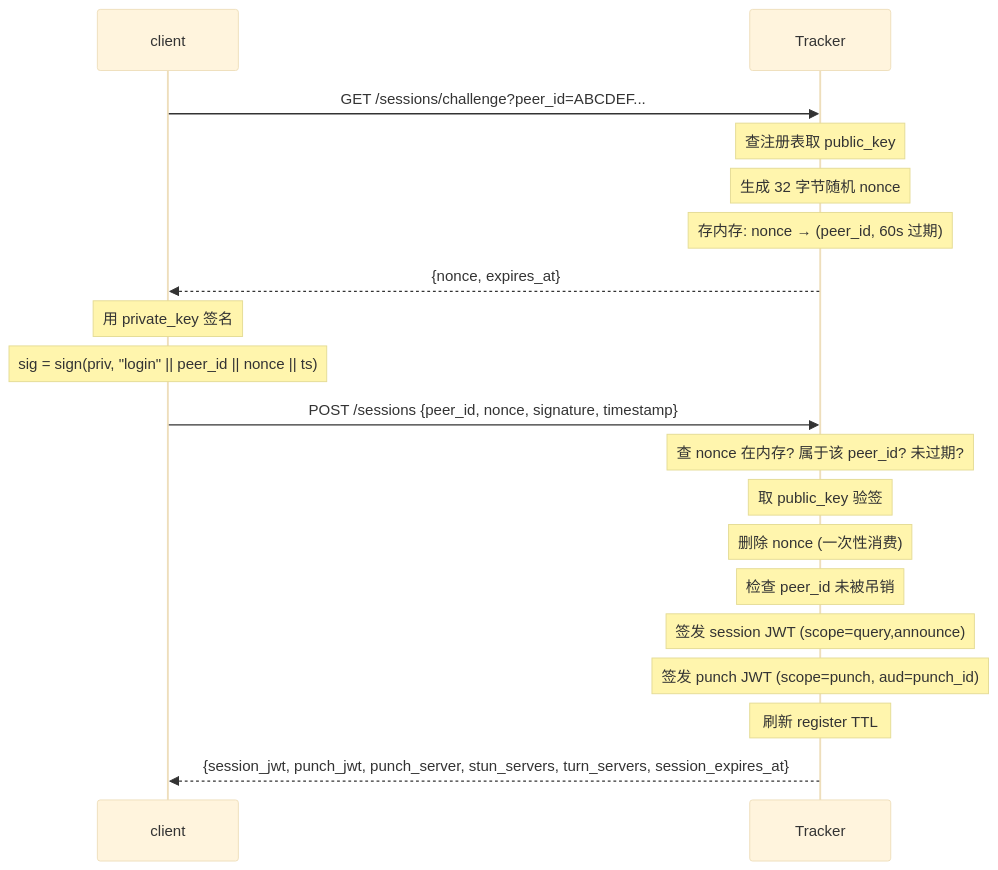
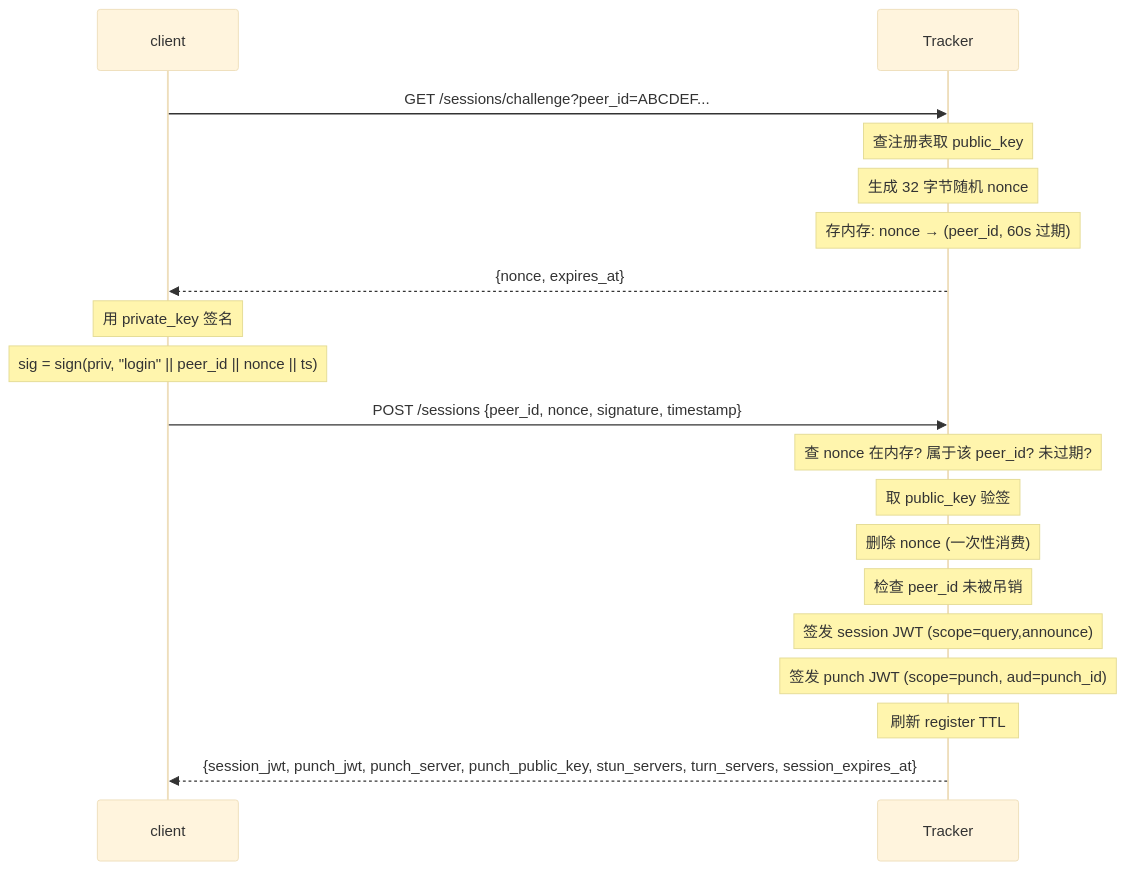
One commit to mivinci/p2p changed the fourth of 15 diagrams in docs/design/p2p-overview.md. Above: the diagram before and after it, drawn with Mermaid (base theme). The commit also changed other lines of this file, not shown here.

First line of the commit message:
docs(design): define Punch server registration, identity anchor, and Tracker scaling model (#4)

````diff
--- a/docs/design/p2p-overview.md
+++ b/docs/design/p2p-overview.md
@@ -500,24 +505,24 @@
 ```mermaid
 sequenceDiagram
     participant C as client
     participant T as Tracker
 
     C->>T: GET /sessions/challenge?peer_id=ABCDEF...
     Note over T: 查注册表取 public_key
     Note over T: 生成 32 字节随机 nonce
     Note over T: 存内存: nonce → (peer_id, 60s 过期)
     T-->>C: {nonce, expires_at}
 
     Note over C: 用 private_key 签名
     Note over C: sig = sign(priv, "login" || peer_id || nonce || ts)
 
     C->>T: POST /sessions {peer_id, nonce, signature, timestamp}
     Note over T: 查 nonce 在内存? 属于该 peer_id? 未过期?
     Note over T: 取 public_key 验签
     Note over T: 删除 nonce (一次性消费)
     Note over T: 检查 peer_id 未被吊销
     Note over T: 签发 session JWT (scope=query,announce)
     Note over T: 签发 punch JWT (scope=punch, aud=punch_id)
     Note over T: 刷新 register TTL
-    T-->>C: {session_jwt, punch_jwt, punch_server, stun_servers, turn_servers, session_expires_at}
+    T-->>C: {session_jwt, punch_jwt, punch_server, punch_public_key, stun_servers, turn_servers, session_expires_at}
 ```
````
